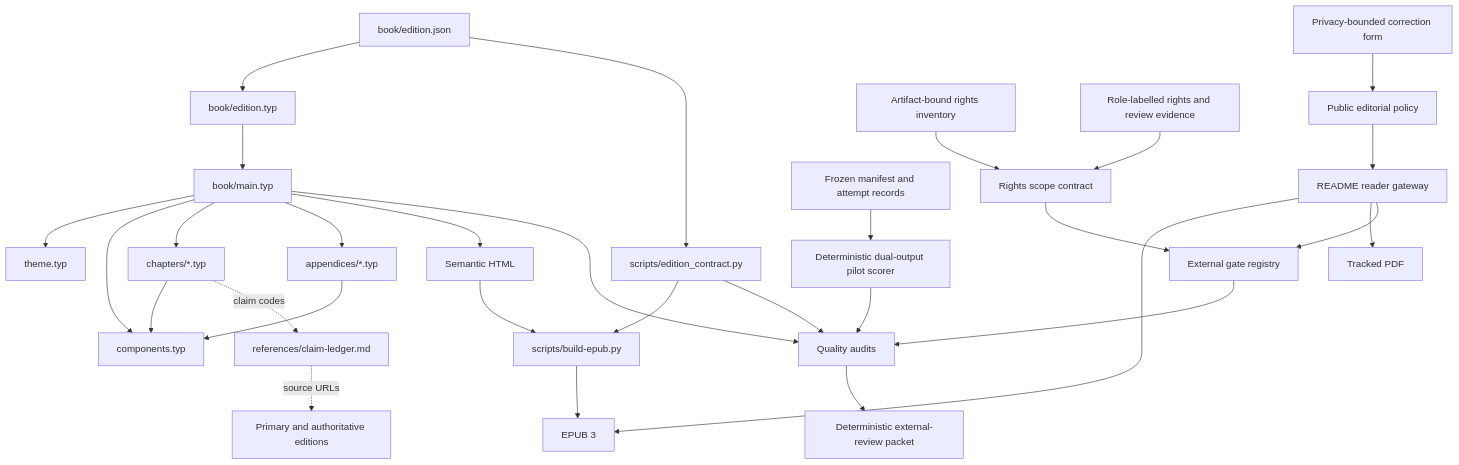
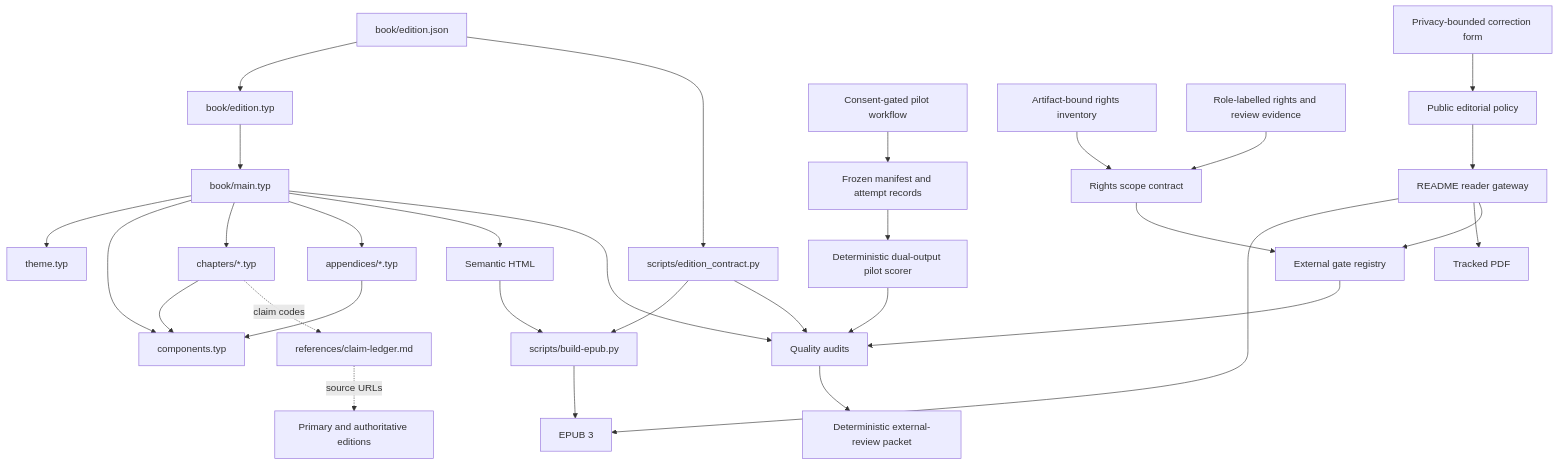
One commit to streamentry/streamentry changed the second of 5 diagrams in AGENTS.md. Above: the diagram before and after it, drawn with Mermaid. The commit also changed other lines of this file and 11 other files, not shown here.

````diff
--- a/AGENTS.md
+++ b/AGENTS.md
@@ -123,32 +124,33 @@
 ```mermaid
 flowchart TB
   D["book/edition.json"] --> Y["book/edition.typ"]
   D --> Z["scripts/edition_contract.py"]
   Y --> M["book/main.typ"]
   M["book/main.typ"] --> T["theme.typ"]
   M --> C["components.typ"]
   M --> H["chapters/*.typ"]
   M --> A["appendices/*.typ"]
   M --> E["Semantic HTML"]
   E --> P["scripts/build-epub.py"]
   Z --> P
   Z --> Q
   P --> U["EPUB 3"]
   R0["README reader gateway"] --> U
   R0 --> V["Tracked PDF"]
   R0 --> X
   EP["Public editorial policy"] --> R0
   CF["Privacy-bounded correction form"] --> EP
   M --> Q["Quality audits"]
-  N["Frozen manifest and attempt records"] --> G["Deterministic dual-output pilot scorer"]
+  O["Consent-gated pilot workflow"] --> N["Frozen manifest and attempt records"]
+  N --> G["Deterministic dual-output pilot scorer"]
   G --> Q
   X["External gate registry"] --> Q
   RI["Artifact-bound rights inventory"] --> RC["Rights scope contract"]
   R["Role-labelled rights and review evidence"] --> RC
   RC --> X
   Q --> W["Deterministic external-review packet"]
   H --> C
   A --> C
   H -. "claim codes" .-> L["references/claim-ledger.md"]
   L -. "source URLs" .-> S["Primary and authoritative editions"]
 ```
````
